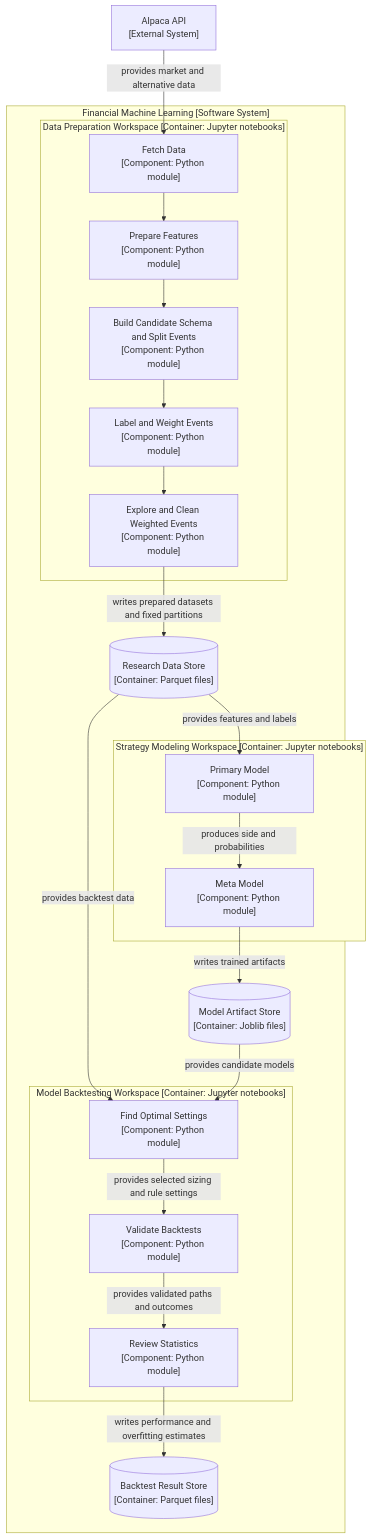
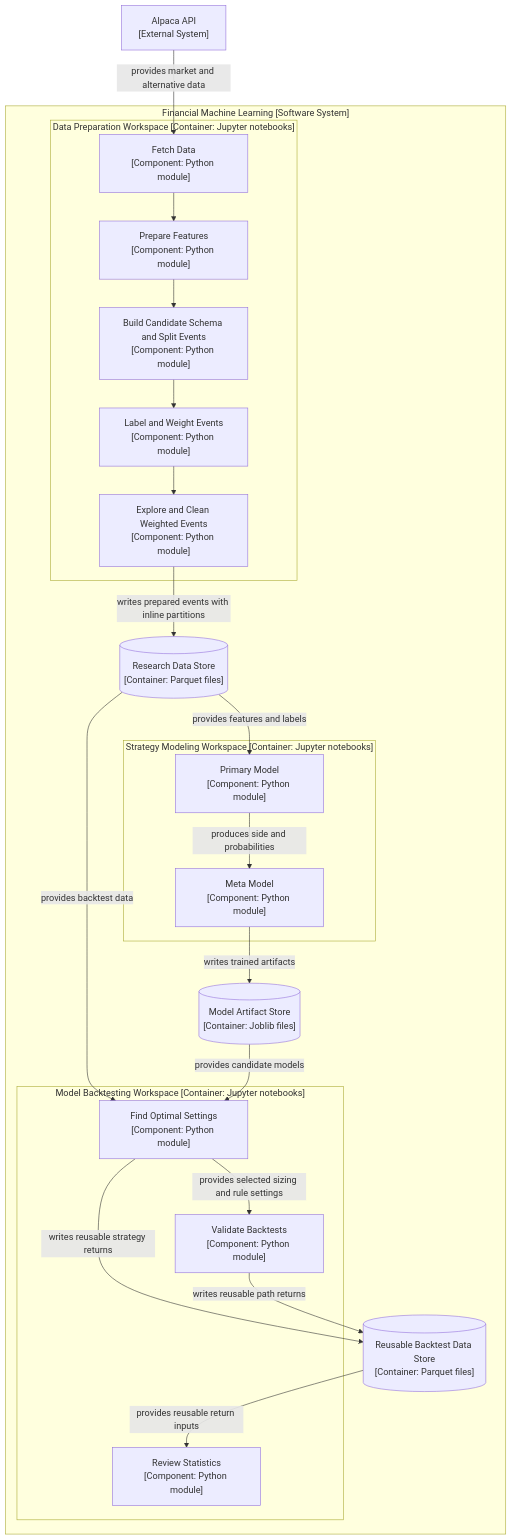
One commit to kwonjunhyuk9/financial-machine-learning changed the third of 3 diagrams in docs/architecture.md. Above: the diagram before and after it, drawn with Mermaid. The commit also changed other lines of this file and 20 other files, not shown here.

````diff
--- a/docs/architecture.md
+++ b/docs/architecture.md
@@ -67,45 +67,46 @@
 ```mermaid
 flowchart TD
     alpaca["Alpaca API<br/>[External System]"]
 
     subgraph system["Financial Machine Learning [Software System]"]
         data_store[("Research Data Store<br/>[Container: Parquet files]")]
         model_store[("Model Artifact Store<br/>[Container: Joblib files]")]
-        result_store[("Backtest Result Store<br/>[Container: Parquet files]")]
+        result_store[("Reusable Backtest Data Store<br/>[Container: Parquet files]")]
 
         subgraph prep_workspace["Data Preparation Workspace [Container: Jupyter notebooks]"]
             fetch_data["Fetch Data<br/>[Component: Python module]"]
             prepare_data["Prepare Features<br/>[Component: Python module]"]
             split_events["Build Candidate Schema and Split Events<br/>[Component: Python module]"]
             label_events["Label and Weight Events<br/>[Component: Python module]"]
             clean_events["Explore and Clean Weighted Events<br/>[Component: Python module]"]
         end
 
         subgraph strategy_workspace["Strategy Modeling Workspace [Container: Jupyter notebooks]"]
             primary_model["Primary Model<br/>[Component: Python module]"]
             meta_model["Meta Model<br/>[Component: Python module]"]
         end
 
         subgraph backtest_workspace["Model Backtesting Workspace [Container: Jupyter notebooks]"]
             find_settings["Find Optimal Settings<br/>[Component: Python module]"]
             validate_backtests["Validate Backtests<br/>[Component: Python module]"]
             review_statistics["Review Statistics<br/>[Component: Python module]"]
         end
 
     end
 
     alpaca -->|" provides market and alternative data "| fetch_data
     fetch_data --> prepare_data
     prepare_data --> split_events
     split_events --> label_events
     label_events --> clean_events
-    clean_events -->|" writes prepared datasets and fixed partitions "| data_store
+    clean_events -->|" writes prepared events with inline partitions "| data_store
     data_store -->|" provides features and labels "| primary_model
     primary_model -->|" produces side and probabilities "| meta_model
     meta_model -->|" writes trained artifacts "| model_store
     data_store -->|" provides backtest data "| find_settings
     model_store -->|" provides candidate models "| find_settings
     find_settings -->|" provides selected sizing and rule settings "| validate_backtests
-    validate_backtests -->|" provides validated paths and outcomes "| review_statistics
-    review_statistics -->|" writes performance and overfitting estimates "| result_store
+    find_settings -->|" writes reusable strategy returns "| result_store
+    validate_backtests -->|" writes reusable path returns "| result_store
+    result_store -->|" provides reusable return inputs "| review_statistics
 ```
````
